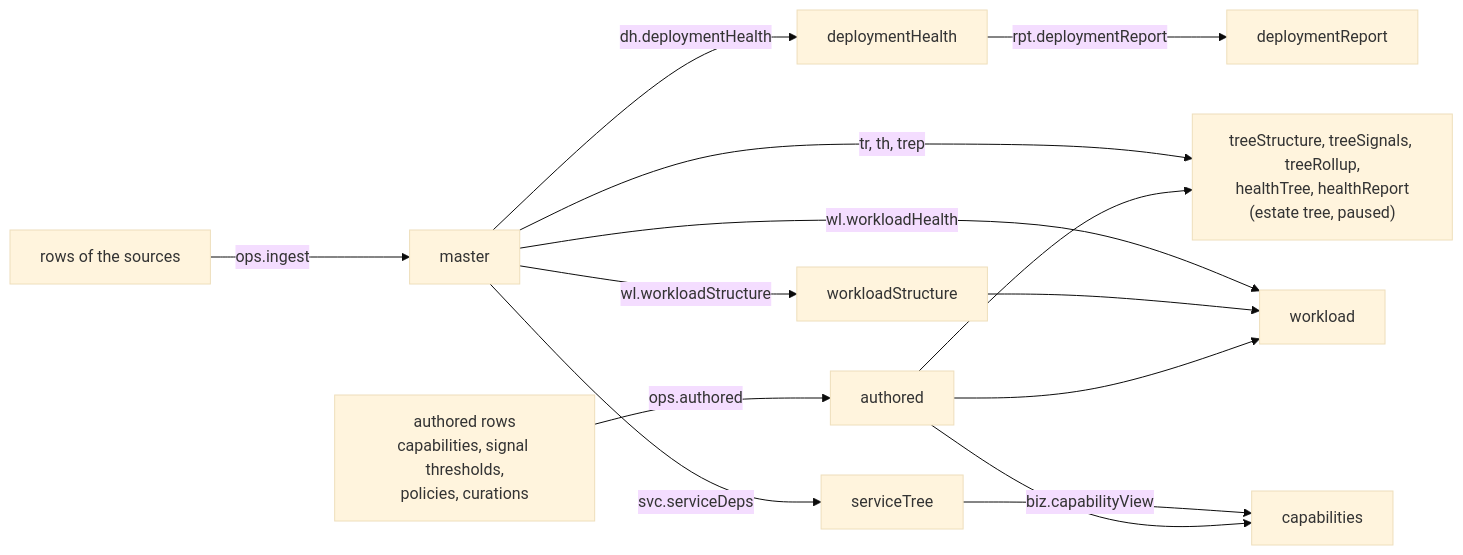
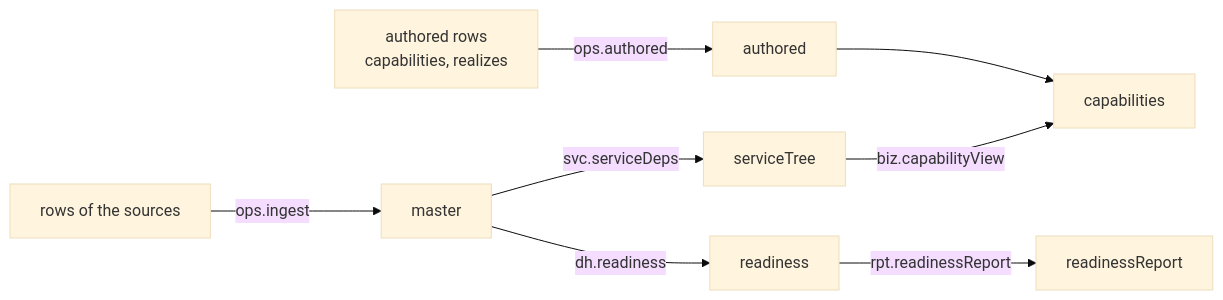
One commit to abossard/sattle changed the third of 4 diagrams in README.md. Above: the diagram before and after it, drawn with Mermaid (base theme). The commit also changed other lines of this file and 1 other file, not shown here.

Commit message:
README and engine README name gkql as the only language: a gkql section with every verb and option, the walk through the current projections, the six graphs of the neutral space; the KQL, .sattle, printer, workload, tree and deployment health text goes (#132)

````diff
--- a/README.md
+++ b/README.md
@@ -217,16 +210,10 @@
 ```mermaid
 flowchart LR
   ROWS["rows of the sources"] -->|"ops.ingest"| master
-  AUTH["authored rows<br/>capabilities, signal thresholds,<br/>policies, curations"] -->|"ops.authored"| authored
+  AUTH["authored rows<br/>capabilities, realizes"] -->|"ops.authored"| authored
   master -->|"svc.serviceDeps"| serviceTree
   serviceTree -->|"biz.capabilityView"| capabilities
   authored --> capabilities
-  master -->|"wl.workloadStructure"| workloadStructure
-  master -->|"wl.workloadHealth"| workload
-  workloadStructure --> workload
-  authored --> workload
-  master -->|"dh.deploymentHealth"| deploymentHealth
-  deploymentHealth -->|"rpt.deploymentReport"| deploymentReport
-  master -->|"tr, th, trep"| TREE["treeStructure, treeSignals, treeRollup,<br/>healthTree, healthReport<br/>(estate tree, paused)"]
-  authored --> TREE
+  master -->|"dh.readiness"| readiness
+  readiness -->|"rpt.readinessReport"| readinessReport
 ```
````
